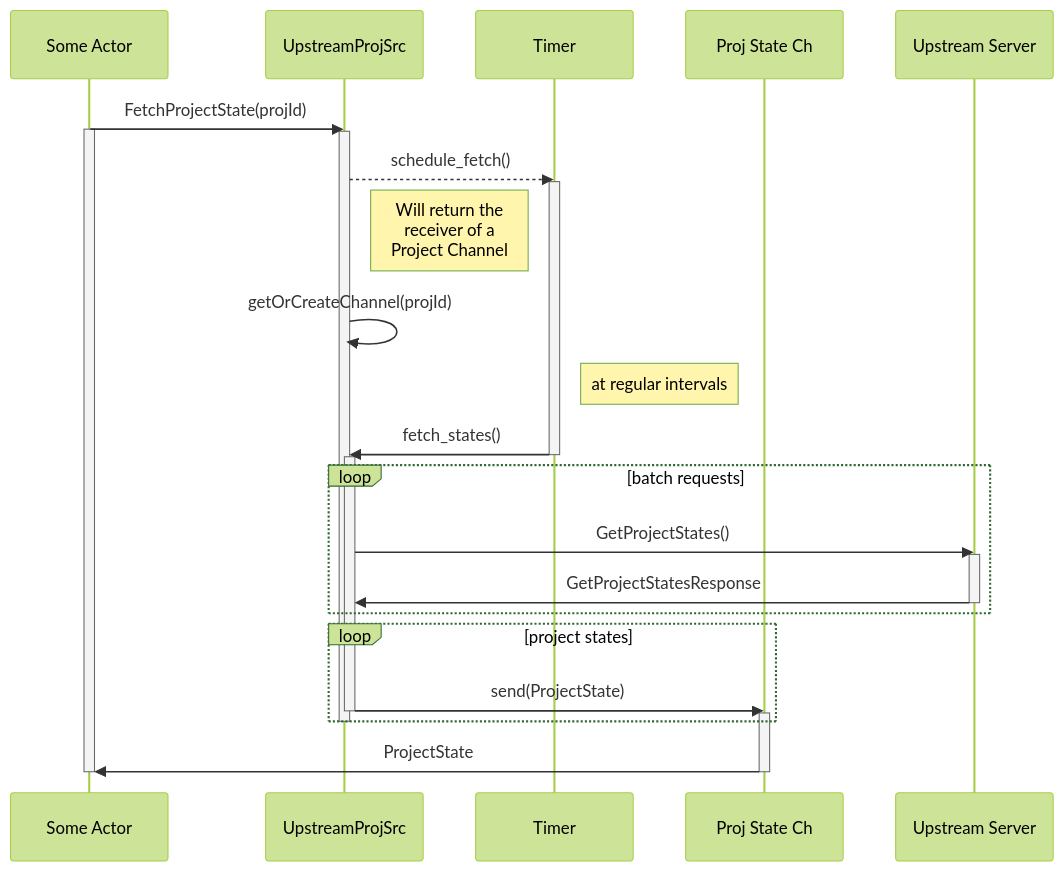
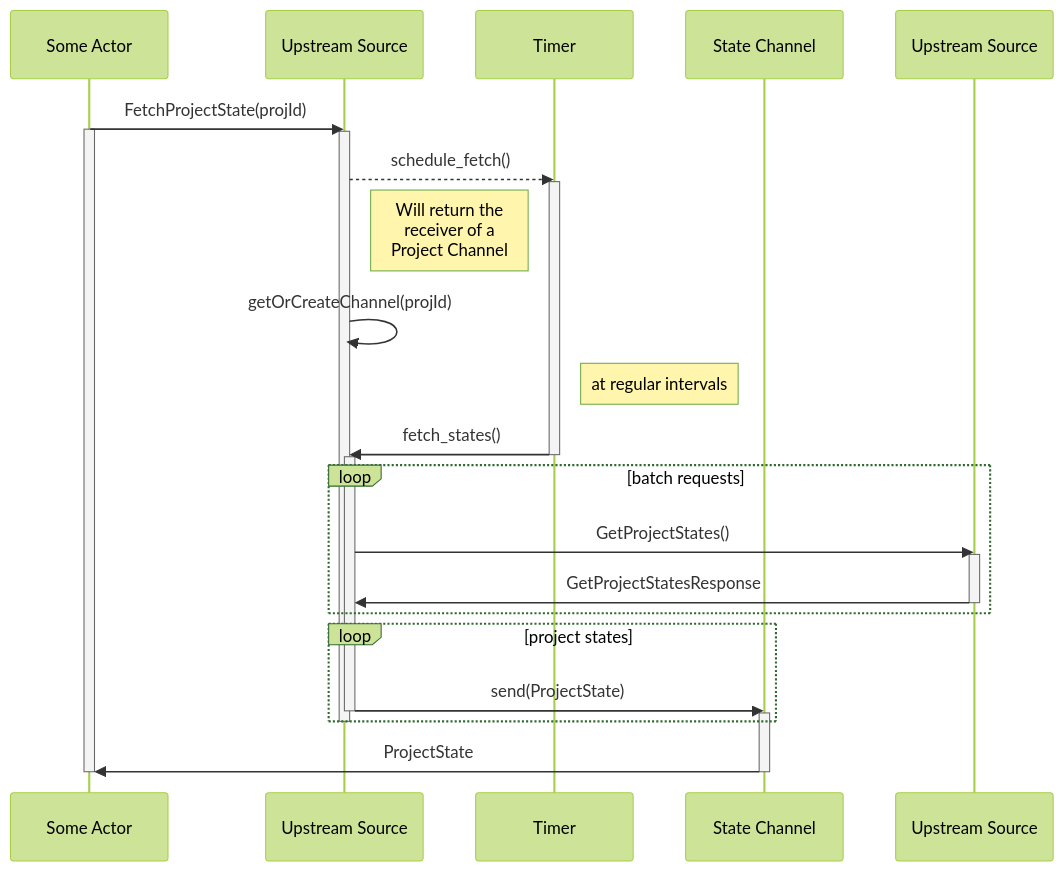
The third of 3 diagrams in docs/architecture/project-configuration.md (getsentry/relay), drawn with Mermaid (forest theme) before and after one commit. The commit also changed other lines of this file, not shown here.

Commit message:
improve actor names in diagrams

````diff
--- a/docs/architecture/project-configuration.md
+++ b/docs/architecture/project-configuration.md
@@ -113,36 +115,36 @@
 ```mermaid
 sequenceDiagram
 participant extern as Some Actor
-participant upstream as UpstreamProjSrc
+participant upstream as Upstream Source
 participant timer as Timer
-participant channel as Proj State Ch
-participant http as Upstream Server
+participant channel as State Channel
+participant http as Upstream Source
 
 extern->>upstream: FetchProjectState(projId)
 activate extern
   activate upstream
     upstream-->>timer: schedule_fetch()
     activate timer
     note right of upstream: Will return the <br> receiver of a <br> Project Channel
     upstream->>upstream: getOrCreateChannel(projId)
     note right of timer: at regular intervals
     timer->>upstream: fetch_states()
     deactivate timer
     activate upstream
     loop batch requests
 
         upstream->>http: GetProjectStates()
         activate http
           http->>upstream: GetProjectStatesResponse
         deactivate http
     end
     loop project states
       upstream->>channel: send(ProjectState)
       activate channel
     deactivate upstream
     end
   deactivate upstream
       channel->>extern: ProjectState
       deactivate channel
 deactivate extern
 ```
````
